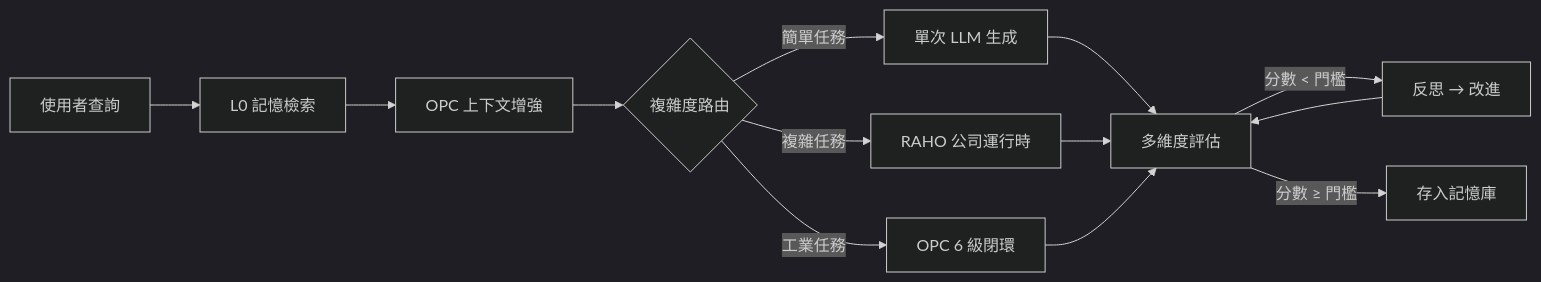
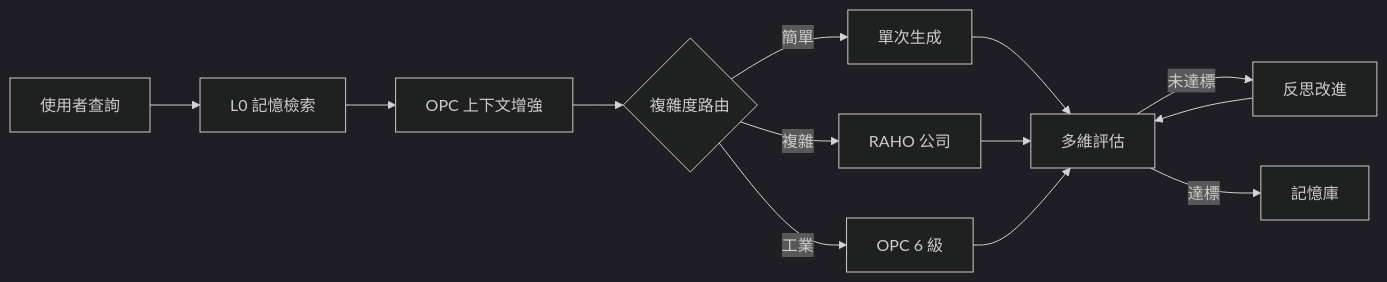
The diagram in README.md (iiooiioo888/Linkin), drawn with Mermaid (dark theme) before and after one commit. The commit also changed other lines of this file and 19 other files, not shown here.

````diff
--- a/README.md
+++ b/README.md
@@ -69,15 +52,15 @@
 ```mermaid
 graph LR
     A[使用者查詢] --> B[L0 記憶檢索]
     B --> C[OPC 上下文增強]
     C --> D{複雜度路由}
-    D -->|簡單任務| E[單次 LLM 生成]
-    D -->|複雜任務| F[RAHO 公司運行時]
-    D -->|工業任務| G[OPC 6 級閉環]
-    E --> H[多維度評估]
+    D -->|簡單| E[單次生成]
+    D -->|複雜| F[RAHO 公司]
+    D -->|工業| G[OPC 6 級]
+    E --> H[多維評估]
     F --> H
     G --> H
-    H -->|分數 < 門檻| I[反思 → 改進]
+    H -->|未達標| I[反思改進]
     I --> H
-    H -->|分數 ≥ 門檻| J[存入記憶庫]
+    H -->|達標| J[記憶庫]
 ```
````
